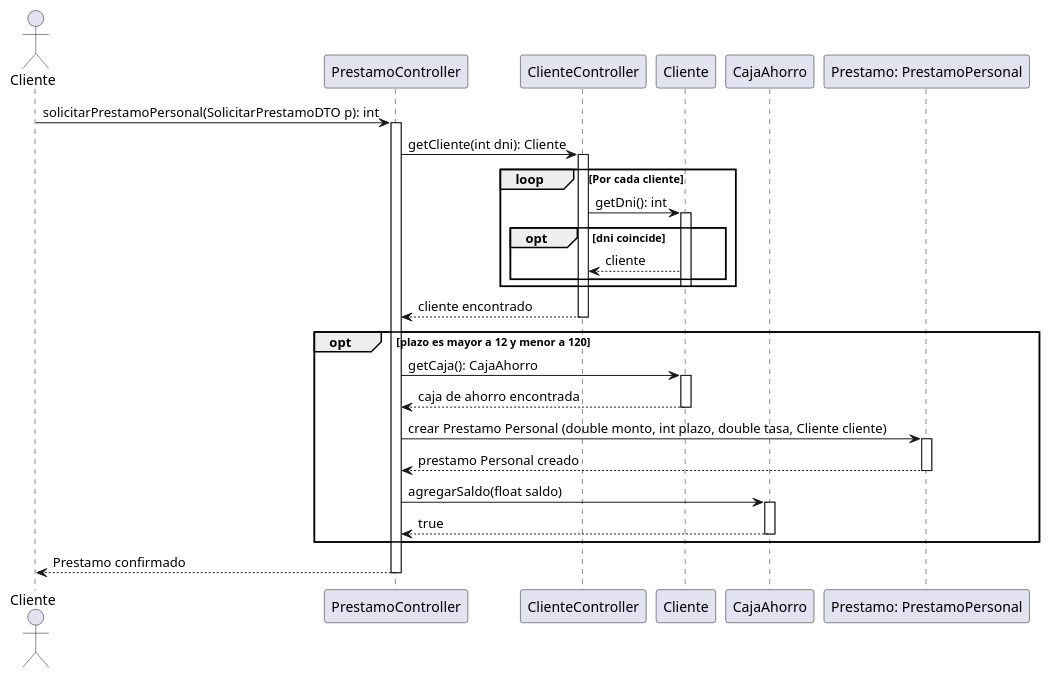
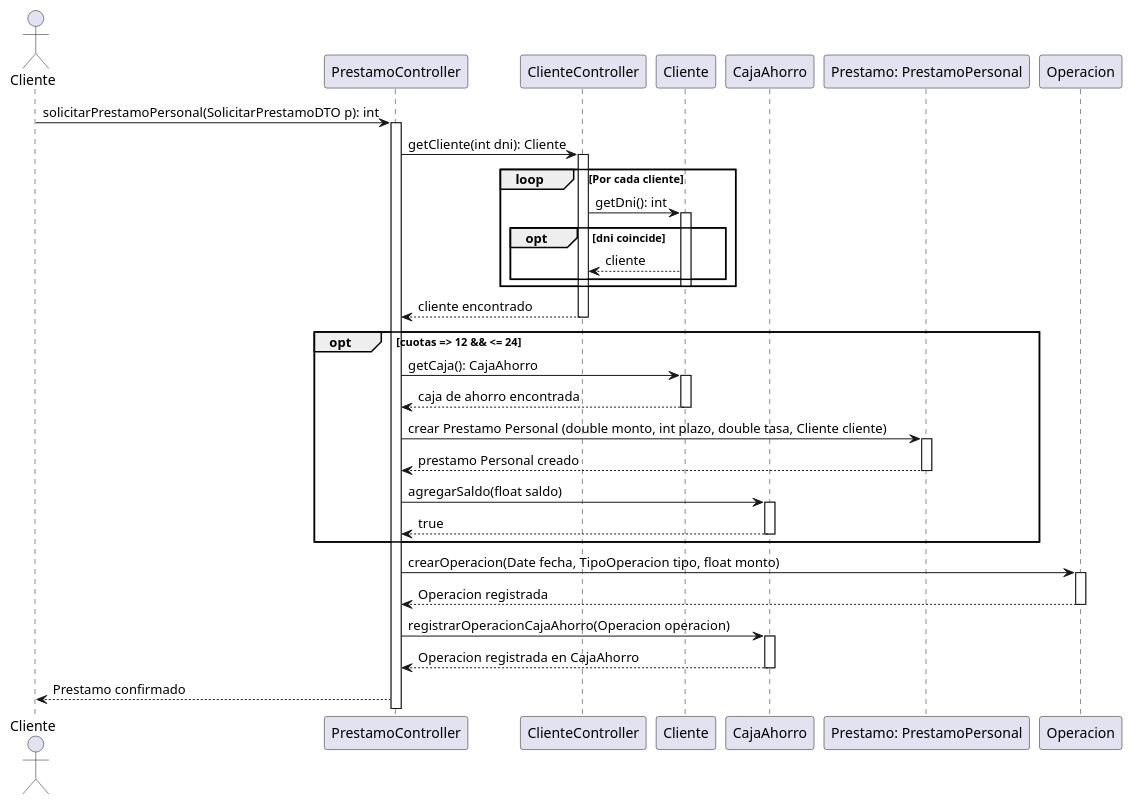
Before and after one commit to CoachEmilio/FinalAdelantadoPOO: the diagram in src/main/java/org/uade/diagrams/SolicitarPrestamoPersonal.puml, drawn with PlantUML.

Commit message:
2nd Refactor Sequence diagram PrestamoPersonal

```diff
--- a/src/main/java/org/uade/diagrams/SolicitarPrestamoPersonal.puml
+++ b/src/main/java/org/uade/diagrams/SolicitarPrestamoPersonal.puml
@@ -1,46 +1,56 @@
 @startuml
 actor Cliente
 participant "PrestamoController" as PC
 participant "ClienteController" as CC
 participant "Cliente" as C
 participant "CajaAhorro" as CA
 participant "Prestamo: PrestamoPersonal" as P
+participant "Operacion" as O
 
 Cliente -> PC: solicitarPrestamoPersonal(SolicitarPrestamoDTO p): int
 activate PC
 
 PC -> CC: getCliente(int dni): Cliente
 activate CC
 
 loop Por cada cliente
     CC -> C: getDni(): int
     activate C
     opt dni coincide
         CC <-- C: cliente
     end
     deactivate C
 end
 
 CC --> PC: cliente encontrado
 deactivate CC
 
-opt plazo es mayor a 12 y menor a 120
+opt cuotas => 12 && <= 24
     PC -> C: getCaja(): CajaAhorro
     activate C
     C --> PC: caja de ahorro encontrada
     deactivate C
 
     PC -> P: crear Prestamo Personal (double monto, int plazo, double tasa, Cliente cliente)
     activate P
     PC <-- P: prestamo Personal creado
     deactivate P
 
     PC -> CA: agregarSaldo(float saldo)
     activate CA
     CA --> PC: true
     deactivate CA
 end
+PC -> O: crearOperacion(Date fecha, TipoOperacion tipo, float monto)
+activate O
+O --> PC: Operacion registrada
+deactivate O
+
+PC -> CA : registrarOperacionCajaAhorro(Operacion operacion)
+activate CA
+CA --> PC: Operacion registrada en CajaAhorro
+deactivate CA
+
 
 PC --> Cliente: Prestamo confirmado
-deactivate PC
 @enduml
```
